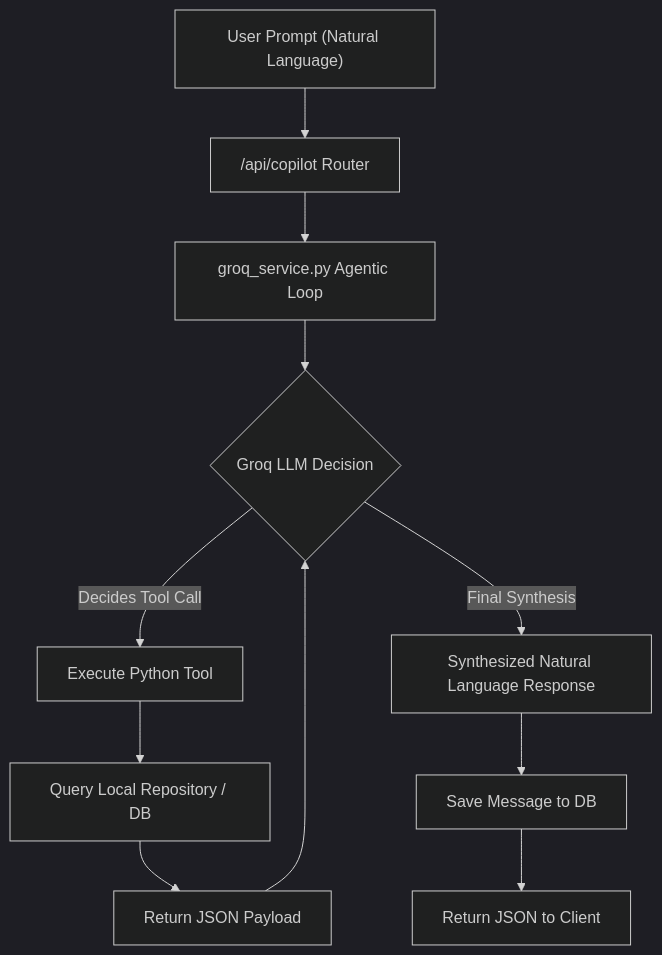
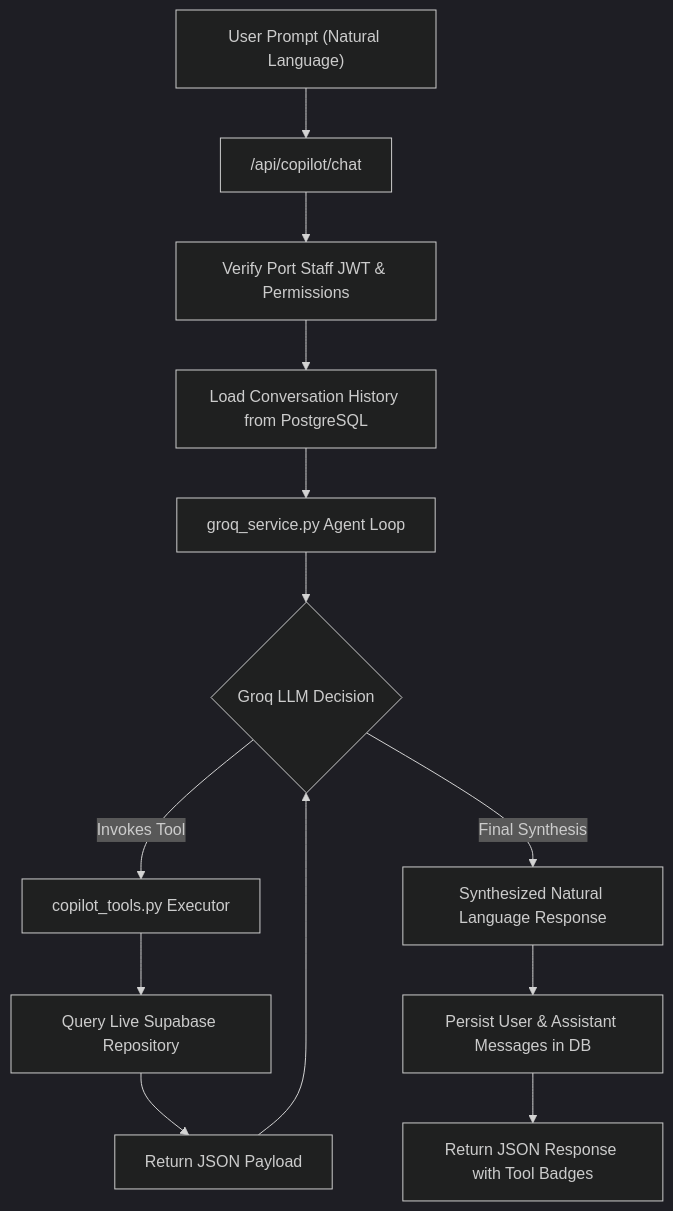
Before and after one commit to Krish3017/-bob-ai-hackathon-Catalyst: the second of 3 diagrams in docs/architecture.md, drawn with Mermaid (dark theme). The commit also changed other lines of this file, not shown here.

First line of the commit message:
Update architecture documentation for NaviOps

````diff
--- a/docs/architecture.md
+++ b/docs/architecture.md
@@ -192,15 +255,17 @@
 ```mermaid
 graph TD
-    UserQuery["User Prompt (Natural Language)"] --> Router["/api/copilot Router"]
-    Router --> GroqService["groq_service.py Agentic Loop"]
+    UserQuery["User Prompt (Natural Language)"] --> Router["/api/copilot/chat"]
+    Router --> CheckAuth["Verify Port Staff JWT & Permissions"]
+    CheckAuth --> LoadHistory["Load Conversation History from PostgreSQL"]
+    LoadHistory --> GroqService["groq_service.py Agent Loop"]
     GroqService --> LLMCall{"Groq LLM Decision"}
     
-    LLMCall -->|Decides Tool Call| ExecTool["Execute Python Tool"]
-    ExecTool --> QueryDB["Query Local Repository / DB"]
+    LLMCall -->|Invokes Tool| ExecTool["copilot_tools.py Executor"]
+    ExecTool --> QueryDB["Query Live Supabase Repository"]
     QueryDB --> ReturnPayload["Return JSON Payload"]
     ReturnPayload --> LLMCall
     
     LLMCall -->|Final Synthesis| FinalAnswer["Synthesized Natural Language Response"]
-    FinalAnswer --> SaveConv["Save Message to DB"]
-    SaveConv --> ClientReturn["Return JSON to Client"]
+    FinalAnswer --> SaveConv["Persist User & Assistant Messages in DB"]
+    SaveConv --> ClientReturn["Return JSON Response with Tool Badges"]
 ```
````
